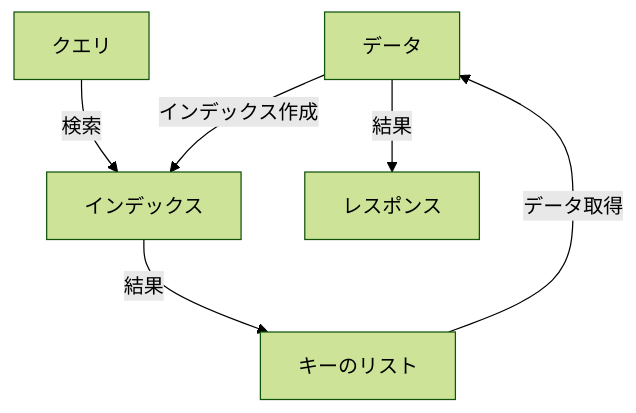
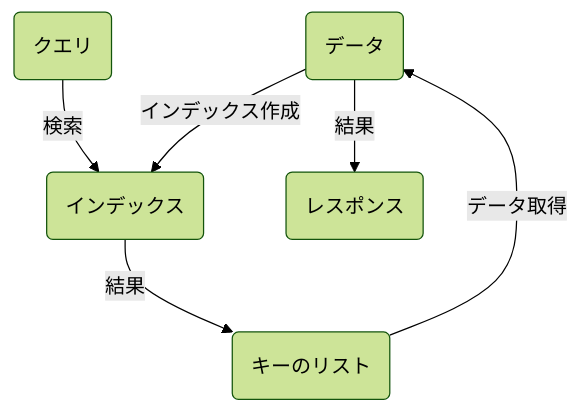
The third of 6 diagrams in textbooks/01_introduction.md (ssig33/fuckbase), drawn with Mermaid (forest theme) before and after one commit. The commit also changed other lines of this file and 6 other files, not shown here.

Commit message:
Fix Mermaid diagrams in all textbooks by using parentheses for node text and curly braces for decision nodes

````diff
--- a/textbooks/01_introduction.md
+++ b/textbooks/01_introduction.md
@@ -59,8 +59,8 @@
 ```mermaid
 graph TD
-    A[データ] -->|インデックス作成| B[インデックス]
-    C[クエリ] -->|検索| B
-    B -->|結果| D[キーのリスト]
+    A("データ") -->|インデックス作成| B("インデックス")
+    C("クエリ") -->|検索| B
+    B -->|結果| D("キーのリスト")
     D -->|データ取得| A
-    A -->|結果| E[レスポンス]
+    A -->|結果| E("レスポンス")
 ```
````
